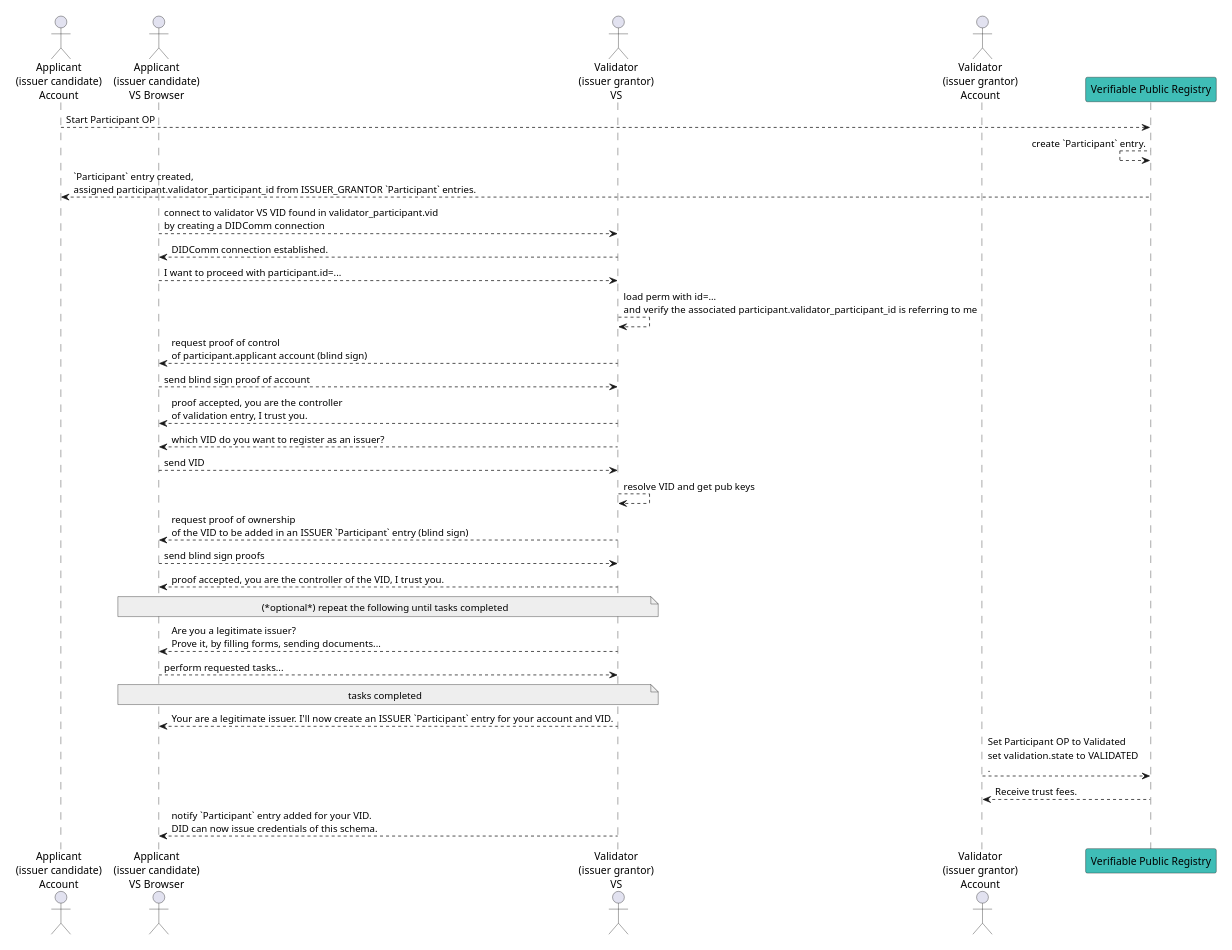
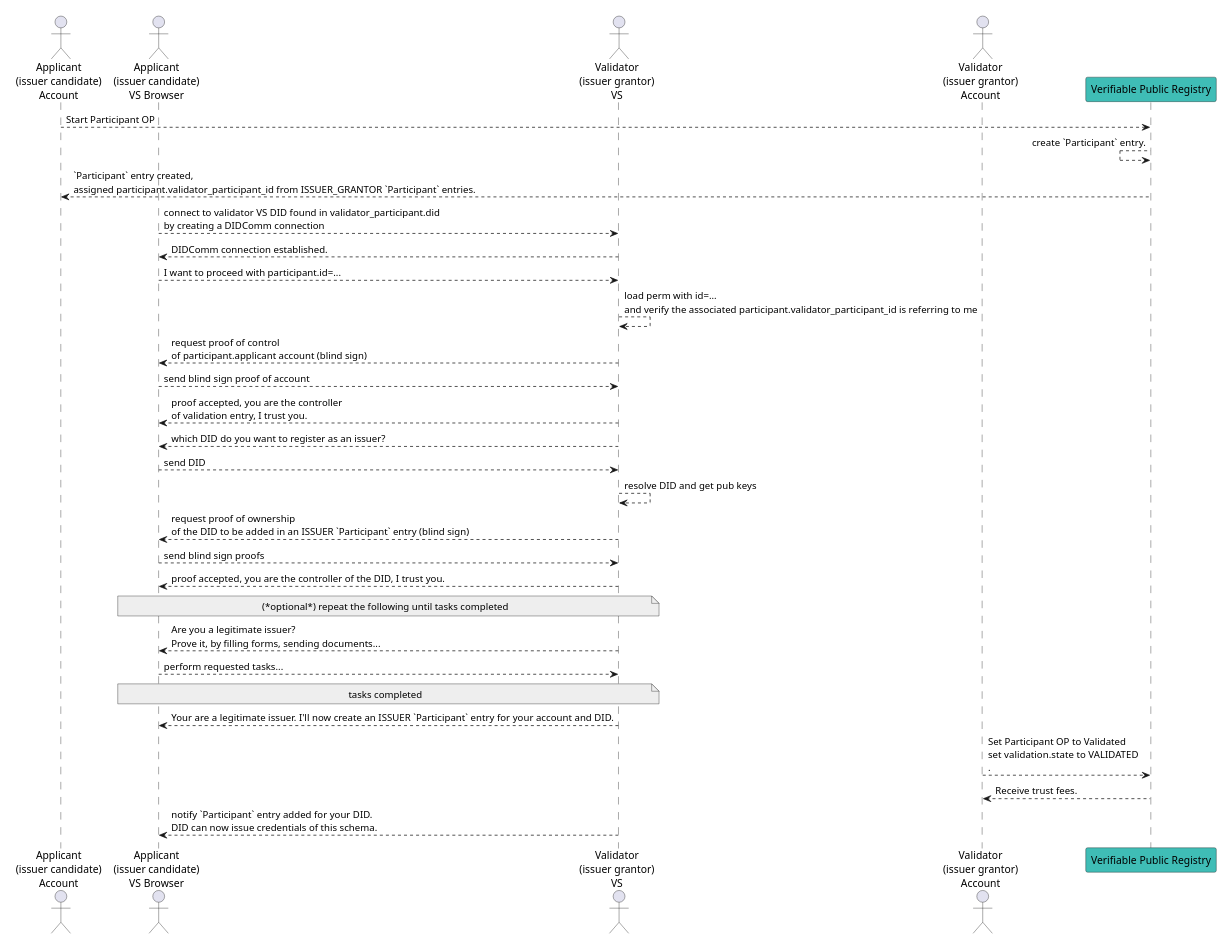
Before and after one commit to verana-labs/verifiable-trust-vpr-spec: diagram 21 of 21 in spec.md, drawn with PlantUML. The commit also changed other lines of this file, not shown here.

First line of the commit message:
revert(spec): drop the DID→VID rename, back to DID-only

````diff
--- a/spec.md
+++ b/spec.md
@@ -5218,35 +5215,35 @@
 ```plantuml
 scale max 800 width
 actor "Applicant\n(issuer candidate)\nAccount" as ApplicantAccount 
 actor "Applicant\n(issuer candidate)\nVS Browser" as ApplicantBrowser 
 
 actor "Validator\n(issuer grantor)\nVS" as ValidatorVS
 actor "Validator\n(issuer grantor)\nAccount" as ValidatorAccount
 
 participant "Verifiable Public Registry" as VPR #3fbdb6
 
 ApplicantAccount --> VPR: Start Participant OP
 VPR <-- VPR: create `Participant` entry.
 ApplicantAccount <-- VPR: `Participant` entry created,\nassigned participant.validator_participant_id from ISSUER_GRANTOR `Participant` entries.
-ApplicantBrowser --> ValidatorVS: connect to validator VS VID found in validator_participant.vid\nby creating a DIDComm connection
+ApplicantBrowser --> ValidatorVS: connect to validator VS DID found in validator_participant.did\nby creating a DIDComm connection
 ApplicantBrowser <-- ValidatorVS: DIDComm connection established.
 ApplicantBrowser --> ValidatorVS: I want to proceed with participant.id=...
 ValidatorVS --> ValidatorVS: load perm with id=...\nand verify the associated participant.validator_participant_id is referring to me
 ApplicantBrowser <-- ValidatorVS: request proof of control\nof participant.applicant account (blind sign)
 ApplicantBrowser --> ValidatorVS: send blind sign proof of account
 ApplicantBrowser <-- ValidatorVS: proof accepted, you are the controller\nof validation entry, I trust you.
-ApplicantBrowser <-- ValidatorVS: which VID do you want to register as an issuer?
-ApplicantBrowser --> ValidatorVS: send VID
-ValidatorVS --> ValidatorVS: resolve VID and get pub keys
-ApplicantBrowser <-- ValidatorVS: request proof of ownership\nof the VID to be added in an ISSUER `Participant` entry (blind sign)
+ApplicantBrowser <-- ValidatorVS: which DID do you want to register as an issuer?
+ApplicantBrowser --> ValidatorVS: send DID
+ValidatorVS --> ValidatorVS: resolve DID and get pub keys
+ApplicantBrowser <-- ValidatorVS: request proof of ownership\nof the DID to be added in an ISSUER `Participant` entry (blind sign)
 ApplicantBrowser --> ValidatorVS: send blind sign proofs
-ApplicantBrowser <-- ValidatorVS: proof accepted, you are the controller of the VID, I trust you.
+ApplicantBrowser <-- ValidatorVS: proof accepted, you are the controller of the DID, I trust you.
 note over ApplicantBrowser, ValidatorVS #EEEEEE: (*optional*) repeat the following until tasks completed
 ApplicantBrowser <-- ValidatorVS: Are you a legitimate issuer?\nProve it, by filling forms, sending documents...
 ApplicantBrowser --> ValidatorVS: perform requested tasks...
 note over ApplicantBrowser, ValidatorVS #EEEEEE: tasks completed
-ApplicantBrowser <-- ValidatorVS: Your are a legitimate issuer. I'll now create an ISSUER `Participant` entry for your account and VID.
+ApplicantBrowser <-- ValidatorVS: Your are a legitimate issuer. I'll now create an ISSUER `Participant` entry for your account and DID.
 ValidatorAccount --> VPR #3fbdb6: Set Participant OP to Validated\nset validation.state to VALIDATED\n.
 VPR --> ValidatorAccount: Receive trust fees.
-ApplicantBrowser <-- ValidatorVS: notify `Participant` entry added for your VID.\nDID can now issue credentials of this schema.
+ApplicantBrowser <-- ValidatorVS: notify `Participant` entry added for your DID.\nDID can now issue credentials of this schema.
 ```
````
